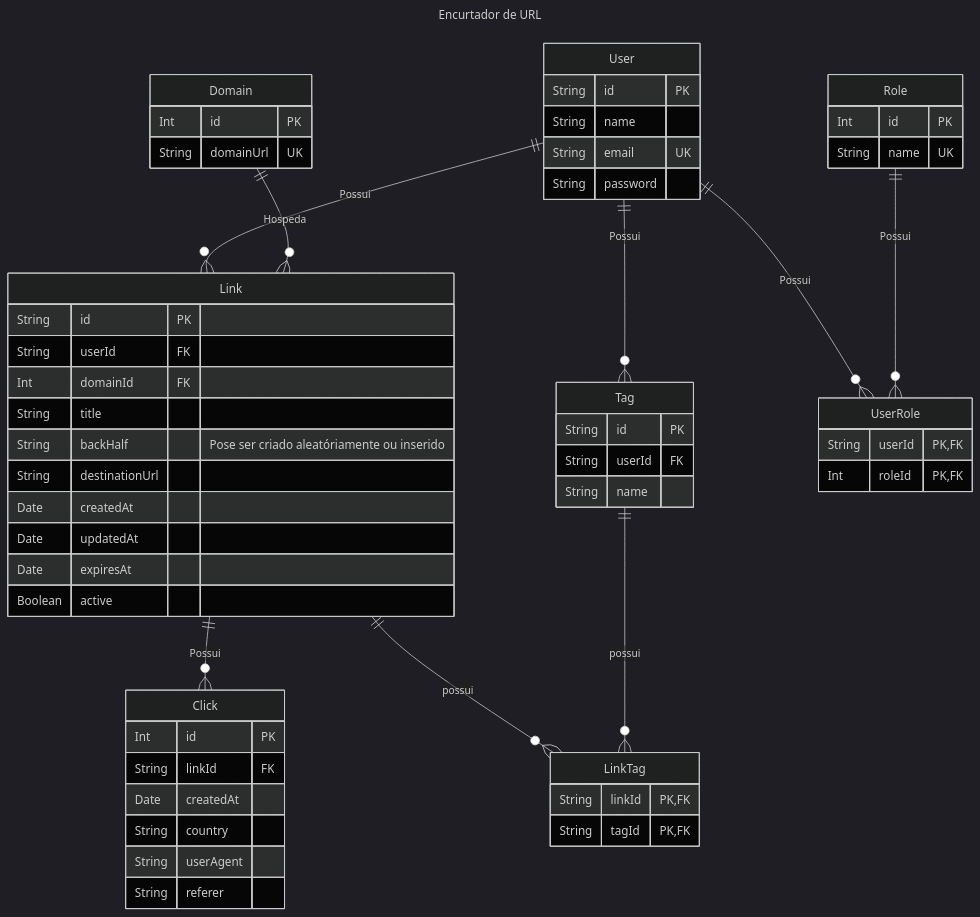
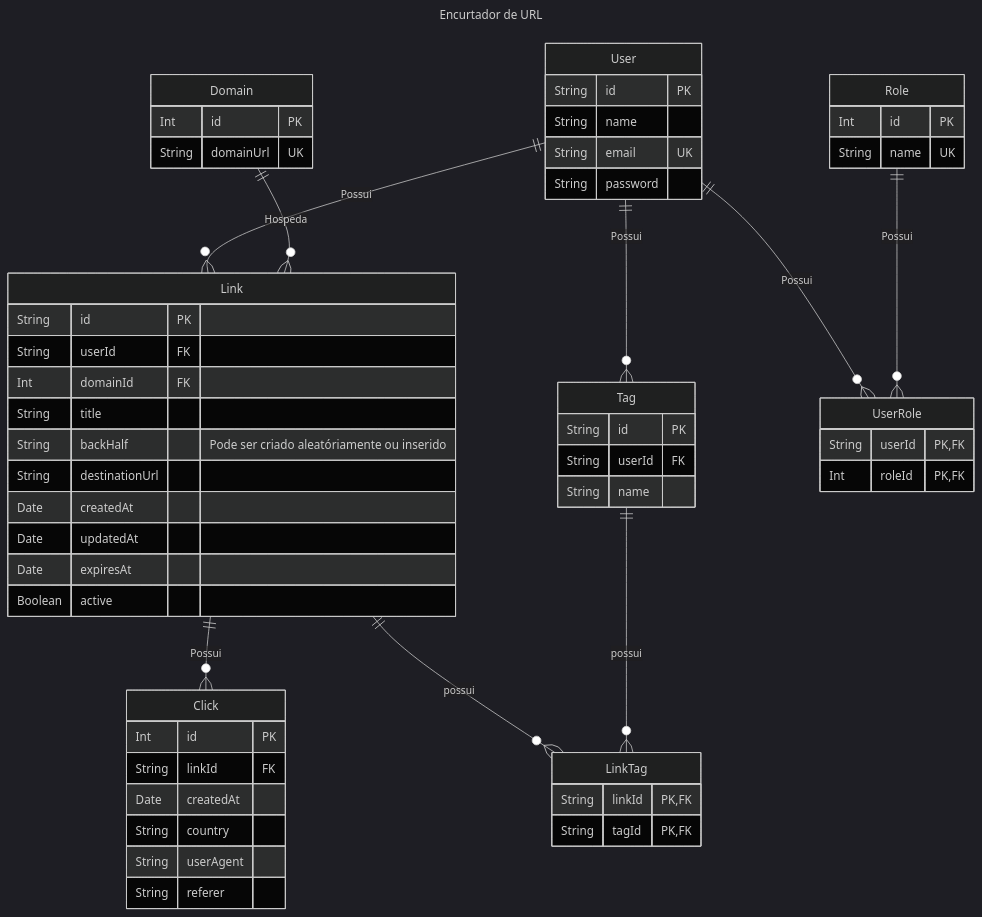
Before and after one commit to WillianSilva51/Linkr: the diagram in linkr-api/README.md, drawn with Mermaid (dark theme).

Commit message:
fix: Correct typo in README table description

````diff
--- a/linkr-api/README.md
+++ b/linkr-api/README.md
@@ -3,74 +3,74 @@
 ```mermaid
 ---
 title: Encurtador de URL
 ---
 
 erDiagram
     direction TB
 
     User ||--o{ Link: Possui
     Domain ||--o{ Link: Hospeda
     Link ||--o{ Click: Possui
     Link ||--o{ LinkTag: possui
     Tag ||--o{ LinkTag: possui
     User ||--o{ UserRole: Possui
     Role ||--o{ UserRole: Possui
     User ||--o{ Tag: Possui
 
     User {
         String id PK
         String name
         String email UK
         String password
     }
 
     Role {
         Int id PK
         String name UK
     }
 
     UserRole {
         String userId PK, FK
         Int roleId PK, FK
     }
 
     Link {
         String id PK
         String userId FK
         Int domainId FK
         String title
-        String backHalf "Pose ser criado aleatóriamente ou inserido"
+        String backHalf "Pode ser criado aleatóriamente ou inserido"
         String destinationUrl
         Date createdAt
         Date updatedAt
         Date expiresAt
         Boolean active
     }
 %% Constraint: UNIQUE(domainId, backHalf)
 
     Domain {
         Int id PK
         String domainUrl UK
     }
 
     Tag {
         String id PK
         String userId FK
         String name
     }
 %% Constraint: UNIQUE(userId, name)
 
     LinkTag {
         String linkId PK, FK
         String tagId PK, FK
     }
 
     Click {
         Int id PK
         String linkId FK
         Date createdAt
         String country
         String userAgent
         String referer
     }
 ```
````
